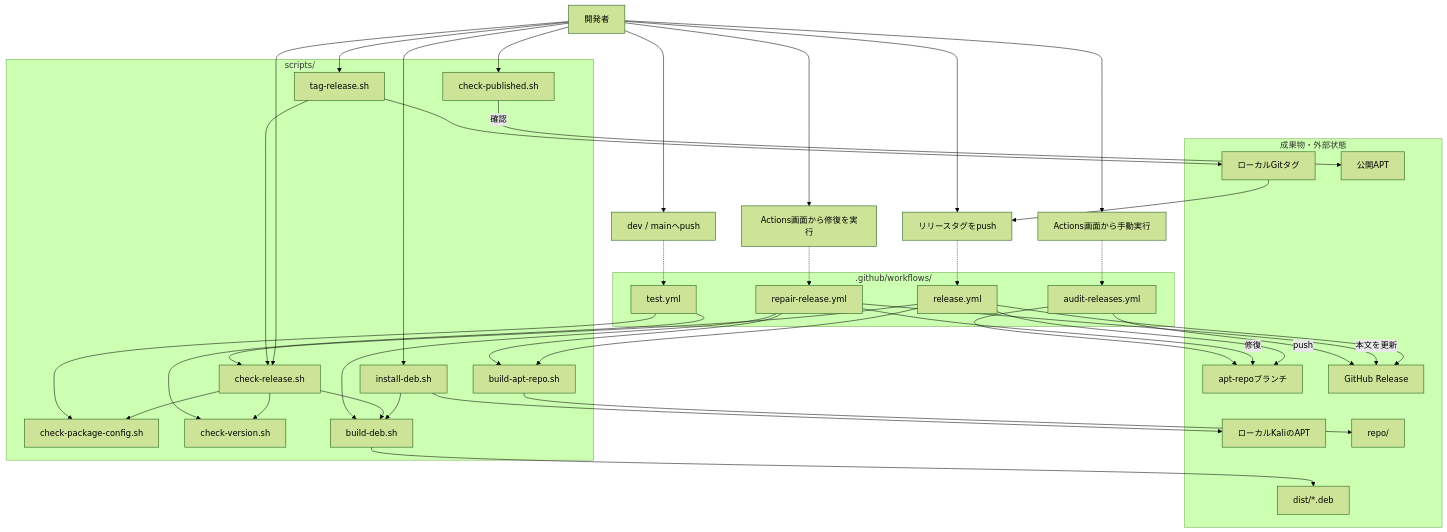
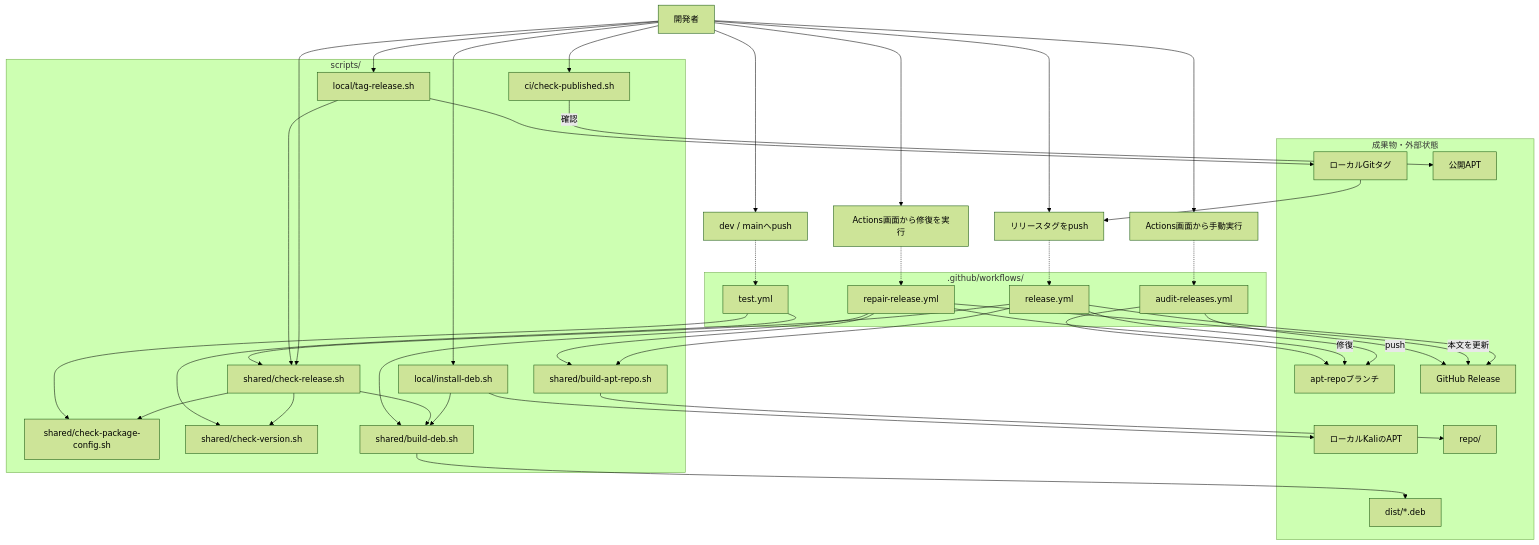
One commit to batako/kali-tools changed the diagram in docs/development.ja.md. Above: the diagram before and after it, drawn with Mermaid (forest theme). The commit also changed other lines of this file and 15 other files, not shown here.

````diff
--- a/docs/development.ja.md
+++ b/docs/development.ja.md
@@ -116,74 +116,74 @@
 ```mermaid
 flowchart TB
     developer["開発者"]
     branchPush["dev / mainへpush"]
     tagPush["リリースタグをpush"]
     manualAudit["Actions画面から手動実行"]
     manualRepair["Actions画面から修復を実行"]
 
     subgraph scripts["scripts/"]
-        install["install-deb.sh"]
-        checkRelease["check-release.sh"]
-        tagRelease["tag-release.sh"]
-        checkConfig["check-package-config.sh"]
-        checkVersion["check-version.sh"]
-        buildDeb["build-deb.sh"]
-        buildRepo["build-apt-repo.sh"]
-        checkPublished["check-published.sh"]
+        install["local/install-deb.sh"]
+        checkRelease["shared/check-release.sh"]
+        tagRelease["local/tag-release.sh"]
+        checkConfig["shared/check-package-config.sh"]
+        checkVersion["shared/check-version.sh"]
+        buildDeb["shared/build-deb.sh"]
+        buildRepo["shared/build-apt-repo.sh"]
+        checkPublished["ci/check-published.sh"]
     end
 
     subgraph workflows[".github/workflows/"]
         test["test.yml"]
         release["release.yml"]
         repair["repair-release.yml"]
         audit["audit-releases.yml"]
     end
 
     subgraph outputs["成果物・外部状態"]
         localApt["ローカルKaliのAPT"]
         localTag["ローカルGitタグ"]
         dist["dist/*.deb"]
         repoDir["repo/"]
         aptRepo["apt-repoブランチ"]
         githubRelease["GitHub Release"]
         publicApt["公開APT"]
     end
 
     developer --> install
     developer --> checkRelease
     developer --> tagRelease
     developer --> checkPublished
     install --> buildDeb
     install --> localApt
     checkRelease --> checkConfig
     checkRelease --> checkVersion
     checkRelease --> buildDeb
     tagRelease --> checkRelease
     tagRelease --> localTag
     buildDeb --> dist
     checkPublished -->|確認| publicApt
 
     developer --> branchPush
     developer --> tagPush
     developer --> manualAudit
     developer --> manualRepair
     localTag --> tagPush
     branchPush -.-> test
     tagPush -.-> release
     manualAudit -.-> audit
     manualRepair -.-> repair
 
     test --> checkConfig
     test --> checkVersion
     release --> checkRelease
     release --> buildRepo
     buildRepo --> repoDir
     release -->|push| aptRepo
     release --> githubRelease
     repair --> buildDeb
     repair --> buildRepo
     repair -->|修復| aptRepo
     repair -->|本文を更新| githubRelease
     audit --> aptRepo
     audit --> githubRelease
 ```
````
